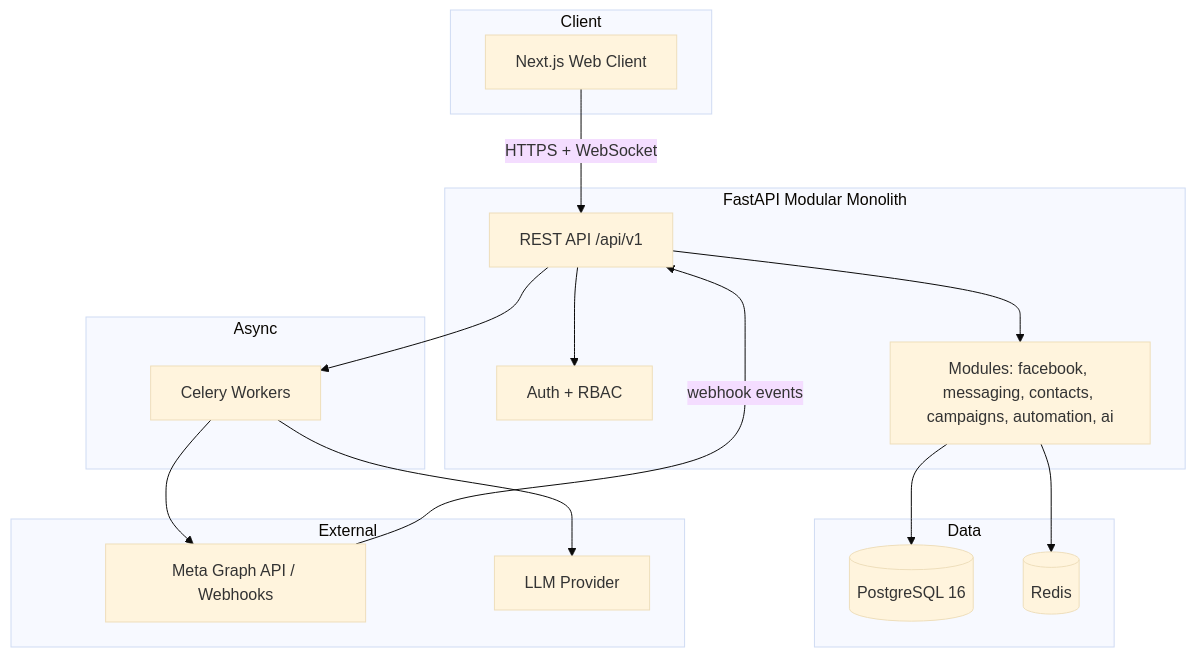
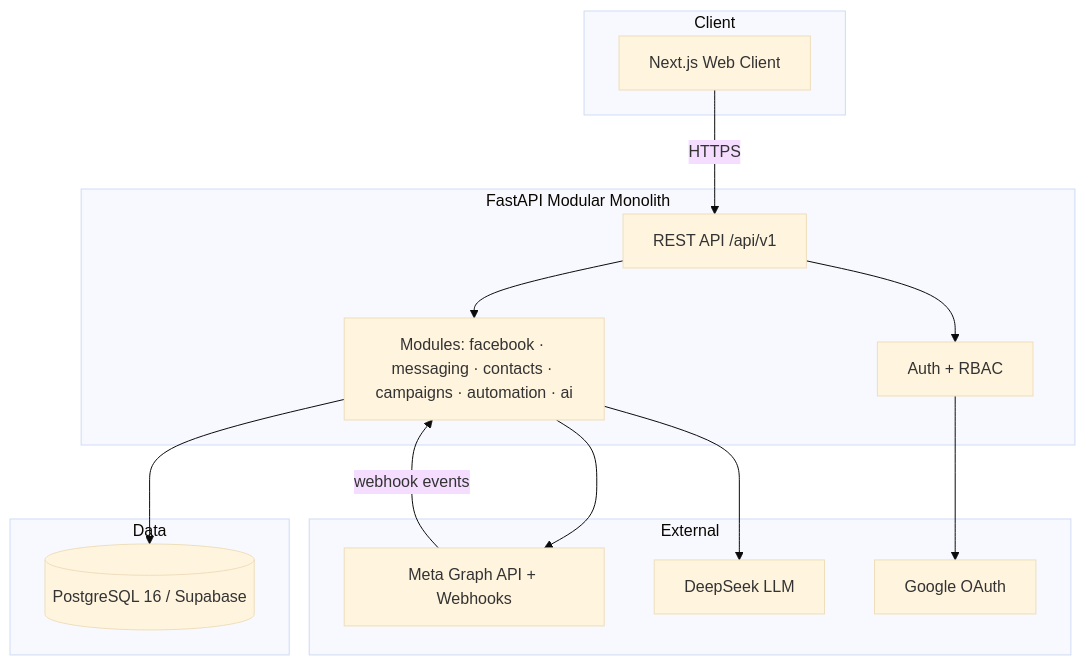
The diagram in README.md (AbdulRehmanRaza03/Page-pilot-AI-), drawn with Mermaid (base theme) before and after one commit. The commit also changed other lines of this file, not shown here.

````diff
--- a/README.md
+++ b/README.md
@@ -49,36 +53,29 @@
 ```mermaid
 graph TD
     subgraph Client
         UI[Next.js Web Client]
     end
 
     subgraph Backend[FastAPI Modular Monolith]
         API[REST API /api/v1]
         AUTH[Auth + RBAC]
-        MOD[Modules: facebook, messaging, contacts, campaigns, automation, ai]
+        MOD[Modules: facebook · messaging · contacts · campaigns · automation · ai]
     end
 
     subgraph Data
-        PG[(PostgreSQL 16)]
-        RDS[(Redis)]
-    end
-
-    subgraph Async
-        CEL[Celery Workers]
+        PG[(PostgreSQL 16 / Supabase)]
     end
 
     subgraph External
-        META[Meta Graph API / Webhooks]
-        LLM[LLM Provider]
+        META[Meta Graph API + Webhooks]
+        LLM[DeepSeek LLM]
+        GOOGLE[Google OAuth]
     end
 
-    UI -->|HTTPS + WebSocket| API
-    API --> AUTH
-    API --> MOD
-    MOD --> PG
-    MOD --> RDS
-    API --> CEL
-    CEL --> META
-    CEL --> LLM
-    META -->|webhook events| API
+    UI -->|HTTPS| API
+    API --> AUTH --> GOOGLE
+    API --> MOD --> PG
+    MOD --> META
+    MOD --> LLM
+    META -->|webhook events| MOD
 ```
````
